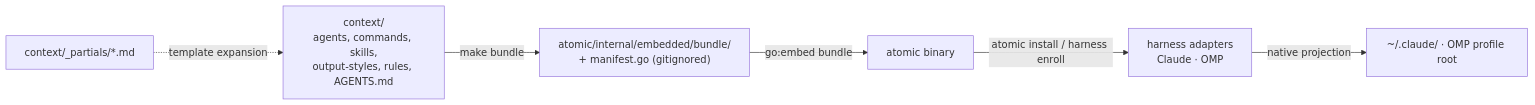
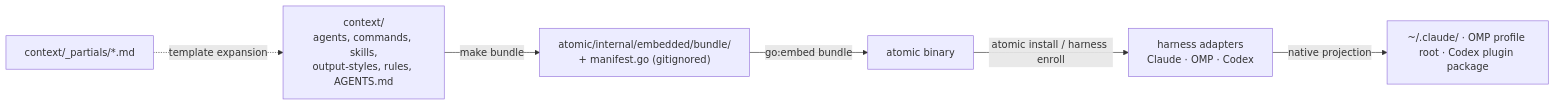
One commit to damusix/atomic-claude changed the first of 2 diagrams in docs/wiki/bundle.md. Above: the diagram before and after it, drawn with Mermaid. The commit also changed other lines of this file and 25 other files, not shown here.

Commit message:
feat(harness,codex,doctor): surface the Codex lifecycle and honest capability reporting

````diff
--- a/docs/wiki/bundle.md
+++ b/docs/wiki/bundle.md
@@ -29,10 +29,10 @@
 ```mermaid
 flowchart LR
     PART["context/_partials/*.md"]
     CTX["context/<br/>agents, commands, skills,<br/>output-styles, rules, AGENTS.md"]
     PART -.->|"template expansion"| CTX
     CTX -->|"make bundle"| EMB["atomic/internal/embedded/bundle/<br/>+ manifest.go (gitignored)"]
     EMB -->|"go:embed bundle"| BIN["atomic binary"]
-    BIN -->|"atomic install / harness enroll"| ADAPT["harness adapters<br/>Claude · OMP"]
-    ADAPT -->|"native projection"| HOME["~/.claude/ · OMP profile root"]
+    BIN -->|"atomic install / harness enroll"| ADAPT["harness adapters<br/>Claude · OMP · Codex"]
+    ADAPT -->|"native projection"| HOME["~/.claude/ · OMP profile root · Codex plugin package"]
 ```
````
